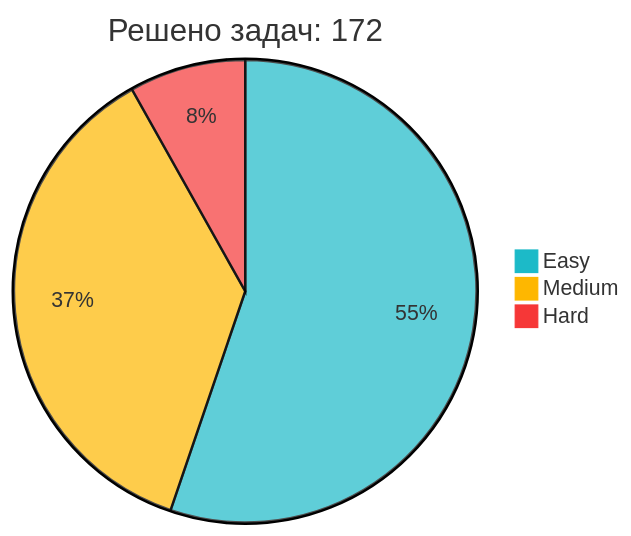
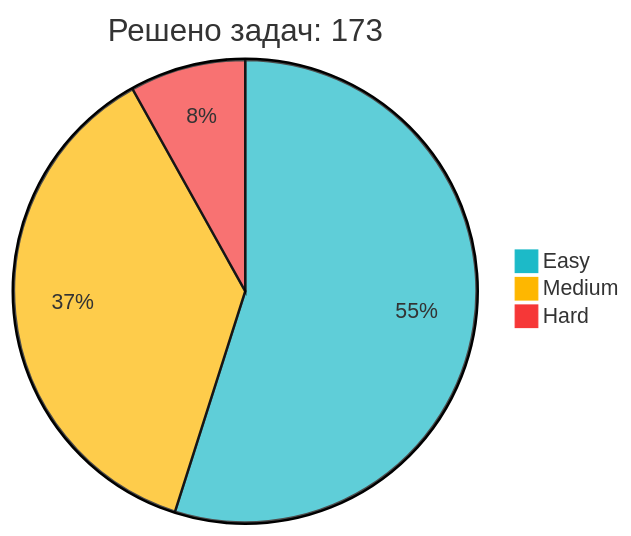
Before and after one commit to IliaKurdukov/IliaKurdukov: the diagram in README.md, drawn with Mermaid. The commit also changed other lines of this file, not shown here.

Commit message:
📈 Обновление статистики LeetCode

````diff
--- a/README.md
+++ b/README.md
@@ -51,7 +51,7 @@
 ```mermaid
 %%{init: {'theme': 'base', 'themeVariables': { 'pie1': '#1CBAC8', 'pie2': '#FEB700', 'pie3': '#F63737' }, 'config': {'width': 300, 'height': 200}}}%%
-pie title Решено задач: 172
+pie title Решено задач: 173
    "Easy" : 95
-   "Medium" : 63
+   "Medium" : 64
    "Hard" : 14
 ```
````
